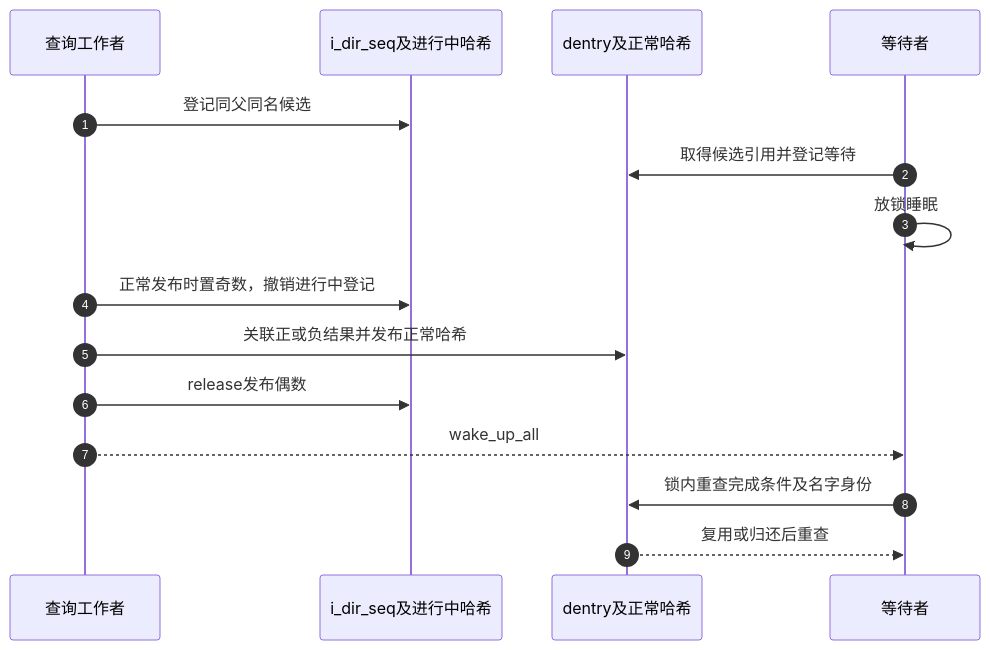
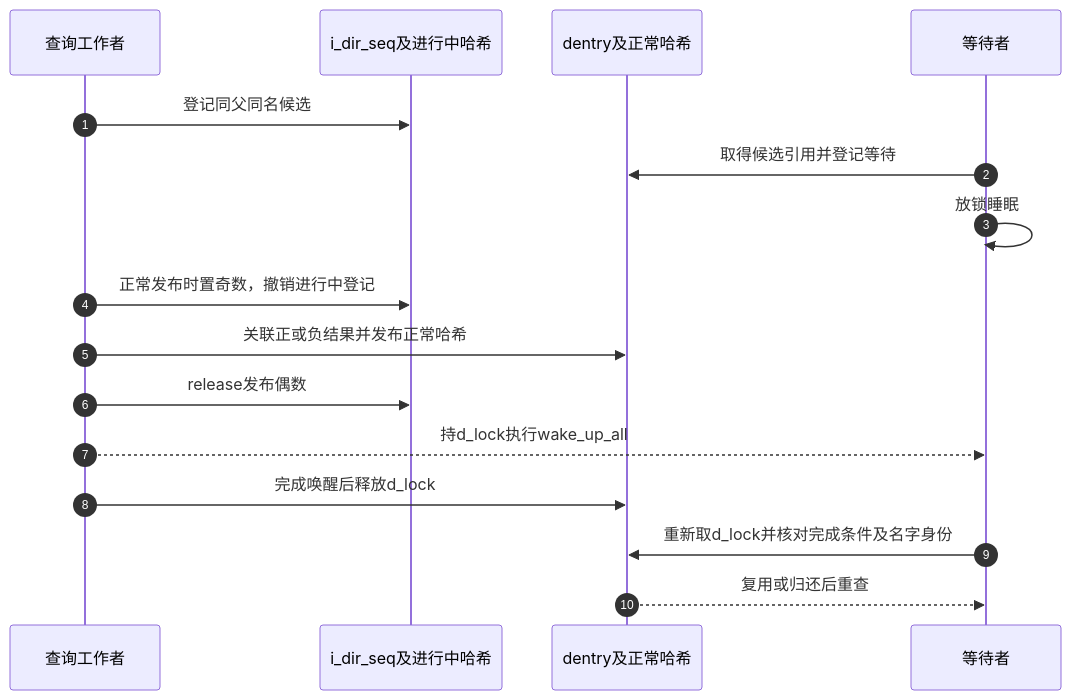
Before and after one commit to FormingSystem/linux_note: the third of 3 diagrams in research/source_reading/vfs/source_explanations/P18_并行查询的登记等待与结果发布.md, drawn with Mermaid. The commit also changed other lines of this file and 6 other files, not shown here.

````diff
--- a/research/source_reading/vfs/source_explanations/P18_并行查询的登记等待与结果发布.md
+++ b/research/source_reading/vfs/source_explanations/P18_并行查询的登记等待与结果发布.md
@@ -308,17 +368,18 @@
 ```mermaid
 sequenceDiagram
     autonumber
     participant O as 查询工作者
     participant I as i_dir_seq及进行中哈希
     participant D as dentry及正常哈希
     participant W as 等待者
     O->>I: 登记同父同名候选
     W->>D: 取得候选引用并登记等待
     W->>W: 放锁睡眠
     O->>I: 正常发布时置奇数，撤销进行中登记
     O->>D: 关联正或负结果并发布正常哈希
     O->>I: release发布偶数
-    O-->>W: wake_up_all
-    W->>D: 锁内重查完成条件及名字身份
+    O-->>W: 持d_lock执行wake_up_all
+    O->>D: 完成唤醒后释放d_lock
+    W->>D: 重新取d_lock并核对完成条件及名字身份
     D-->>W: 复用或归还后重查
 ```
````
